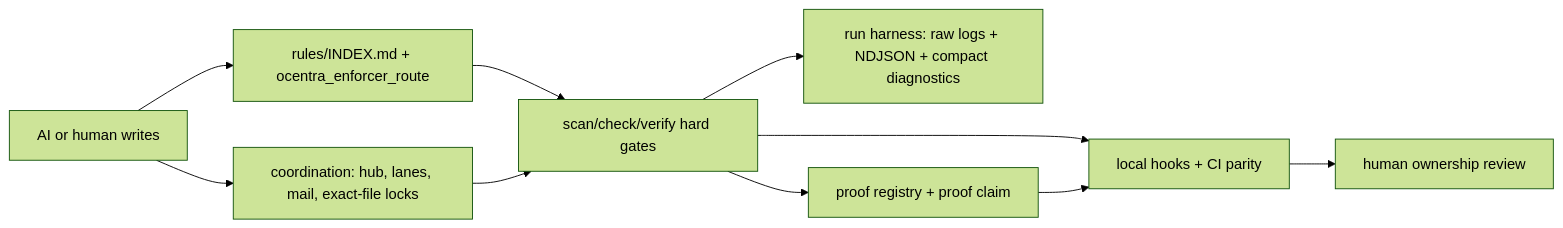
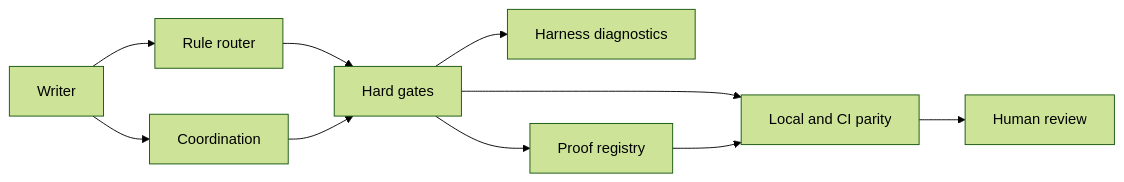
Before and after one commit to ocentra/ocentra-enforcer: the first of 2 diagrams in README.md, drawn with Mermaid (forest theme). The commit also changed other lines of this file and 33 other files, not shown here.

Commit message:
feat: add multilang enforcer parity and compact mcp output

````diff
--- a/README.md
+++ b/README.md
@@ -21,12 +21,20 @@
 ```mermaid
 flowchart LR
-  Writer["AI or human writes"] --> Route["rules/INDEX.md + ocentra_enforcer_route"]
-  Route --> Validate["scan/check/verify hard gates"]
-  Validate --> Harness["run harness: raw logs + NDJSON + compact diagnostics"]
-  Validate --> Proof["proof registry + proof claim"]
-  Writer --> Coord["coordination: hub, lanes, mail, exact-file locks"]
-  Coord --> Validate
-  Validate --> CI["local hooks + CI parity"]
-  Proof --> CI
-  CI --> Review["human ownership review"]
+  A["Writer"]
+  B["Rule router"]
+  C["Hard gates"]
+  D["Harness diagnostics"]
+  E["Proof registry"]
+  F["Coordination"]
+  G["Local and CI parity"]
+  H["Human review"]
+  A --> B
+  B --> C
+  C --> D
+  C --> E
+  A --> F
+  F --> C
+  C --> G
+  E --> G
+  G --> H
 ```
````
